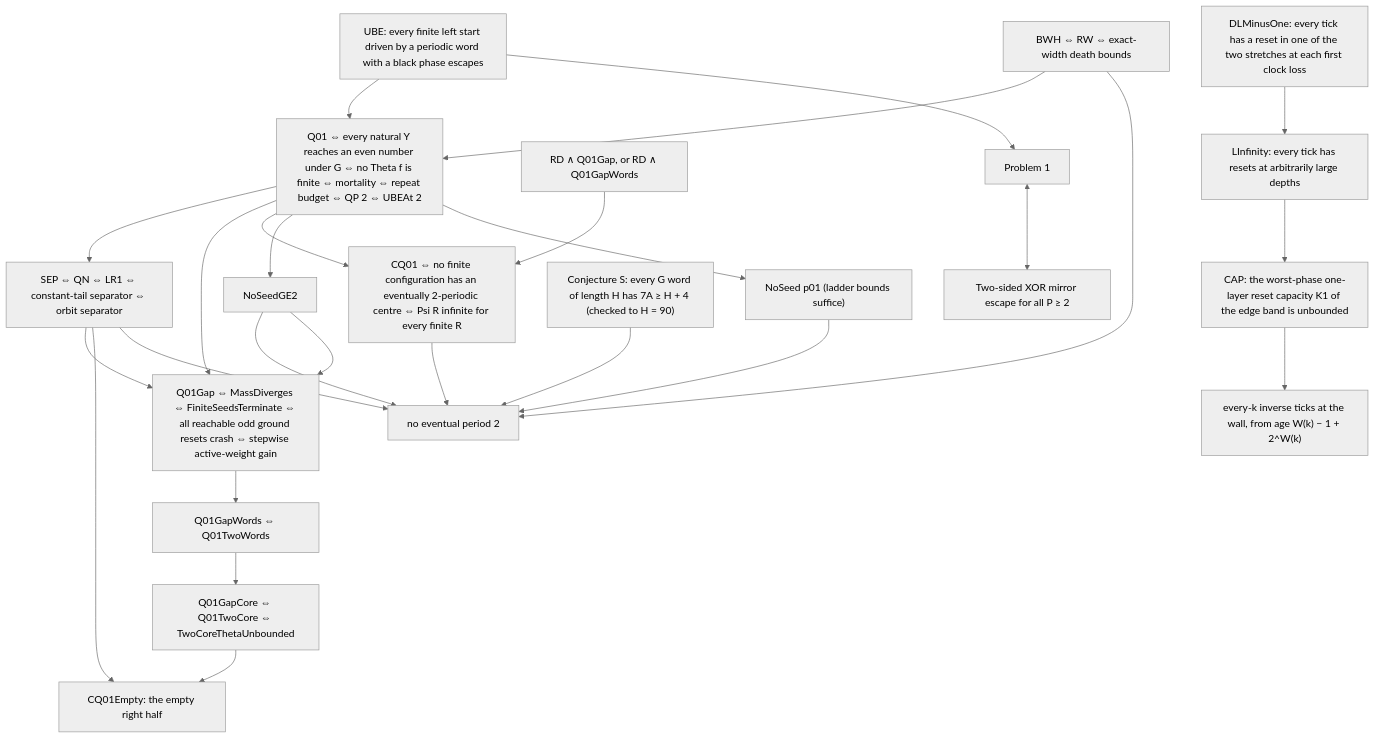
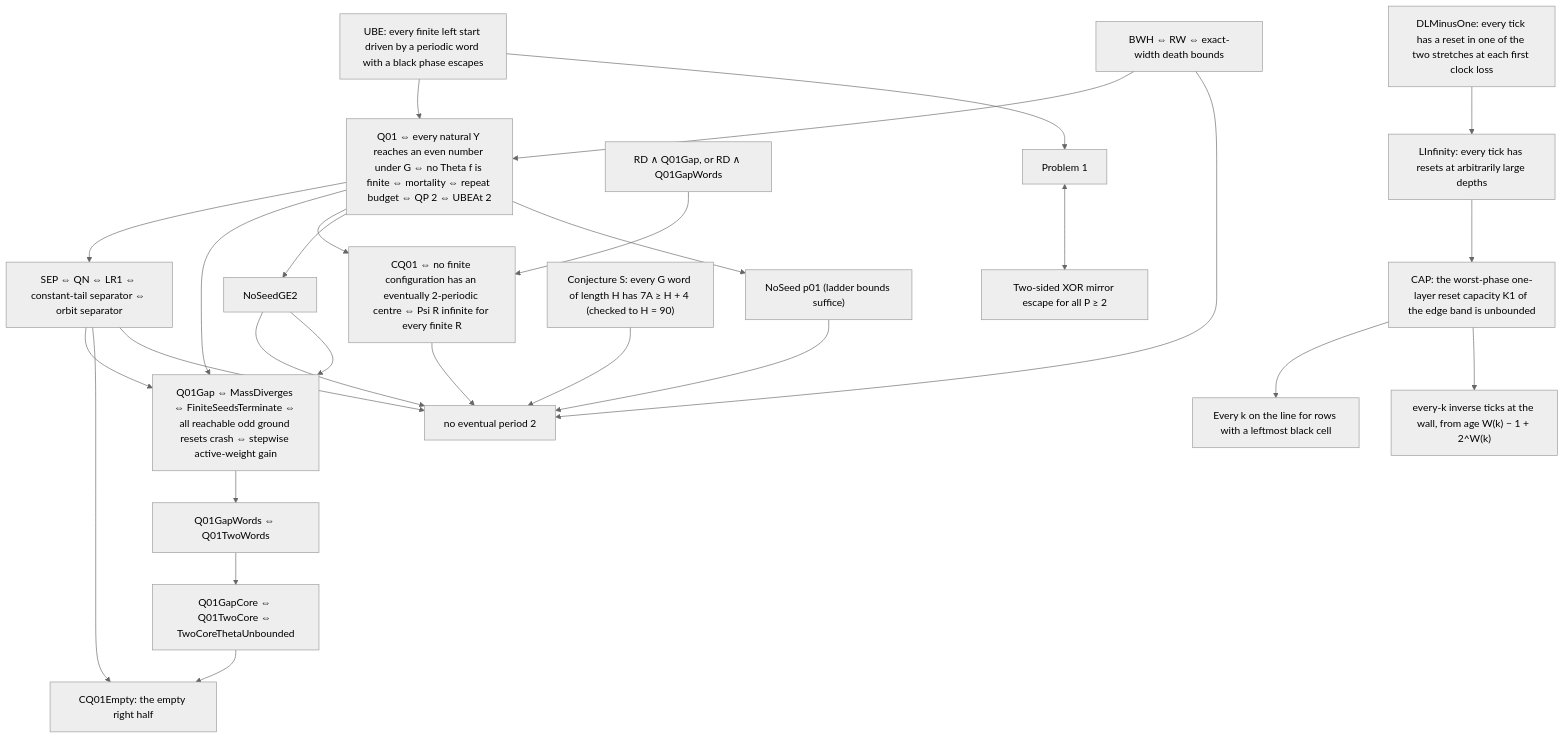
Before and after one commit to ghywel/rule30reset: the diagram in KIT.md, drawn with Mermaid (neutral theme). The commit also changed other lines of this file and 6 other files, not shown here.

````diff
--- a/KIT.md
+++ b/KIT.md
@@ -49,26 +49,27 @@
 ```mermaid
 graph TD
   UBE["UBE: every finite left start driven by a periodic word with a black phase escapes"] --> Q01
   BWH["BWH ⇔ RW ⇔ exact-width death bounds"] --> Q01
   Q01["Q01 ⇔ every natural Y reaches an even number under G ⇔ no Theta f is finite ⇔ mortality ⇔ repeat budget ⇔ QP 2 ⇔ UBEAt 2"]
   Q01 --> SEP["SEP ⇔ QN ⇔ LR1 ⇔ constant-tail separator ⇔ orbit separator"]
   Q01 --> Q01Gap["Q01Gap ⇔ MassDiverges ⇔ FiniteSeedsTerminate ⇔ all reachable odd ground resets crash ⇔ stepwise active-weight gain"]
   SEP --> Q01Gap
   Q01Gap --> Q01GW["Q01GapWords ⇔ Q01TwoWords"]
   Q01GW --> Q01GC["Q01GapCore ⇔ Q01TwoCore ⇔ TwoCoreThetaUnbounded"]
   Q01GC --> CQ01E["CQ01Empty: the empty right half"]
   SEP --> CQ01E
   Q01 --> CQ01["CQ01 ⇔ no finite configuration has an eventually 2-periodic centre ⇔ Psi R infinite for every finite R"]
   RDQ["RD ∧ Q01Gap, or RD ∧ Q01GapWords"] --> CQ01
   CQ01 --> NP2["no eventual period 2"]
   Q01 --> NSG["NoSeedGE2"] --> NP2
   NSG --> Q01Gap
   Q01 --> NS01["NoSeed p01 (ladder bounds suffice)"] --> NP2
   CS["Conjecture S: every G word of length H has 7A ≥ H + 4 (checked to H = 90)"] --> NP2
   SEP --> NP2
   BWH --> NP2
   UBE --> P1["Problem 1"]
   P1 <--> MIR["Two-sided XOR mirror escape for all P ≥ 2"]
   DL1["DLMinusOne: every tick has a reset in one of the two stretches at each first clock loss"] --> LI["LInfinity: every tick has resets at arbitrarily large depths"]
+  CAP --> LINE["Every k on the line for rows with a leftmost black cell"]
   LI --> CAP["CAP: the worst-phase one-layer reset capacity K1 of the edge band is unbounded"] --> EVK["every-k inverse ticks at the wall, from age W(k) − 1 + 2^W(k)"]
 ```
````
